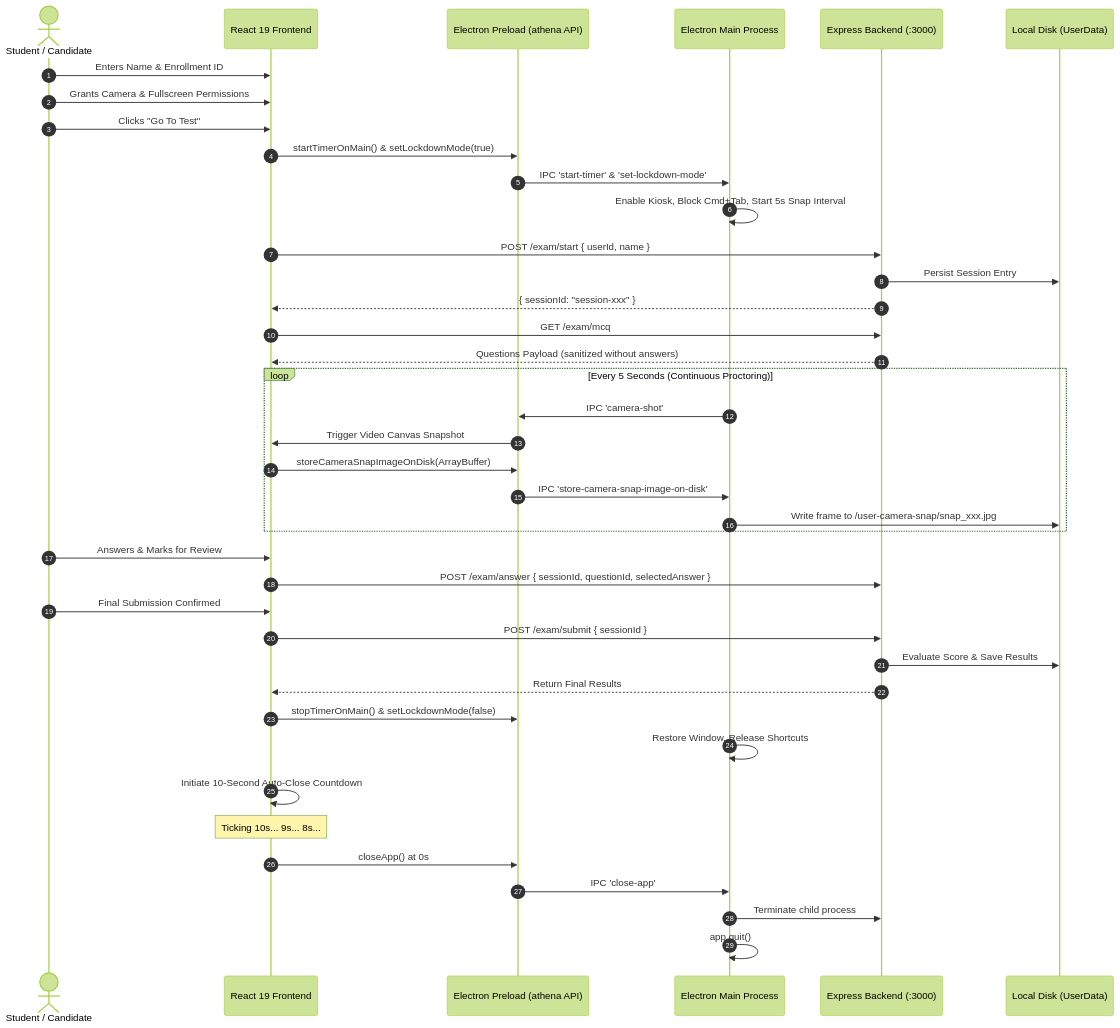
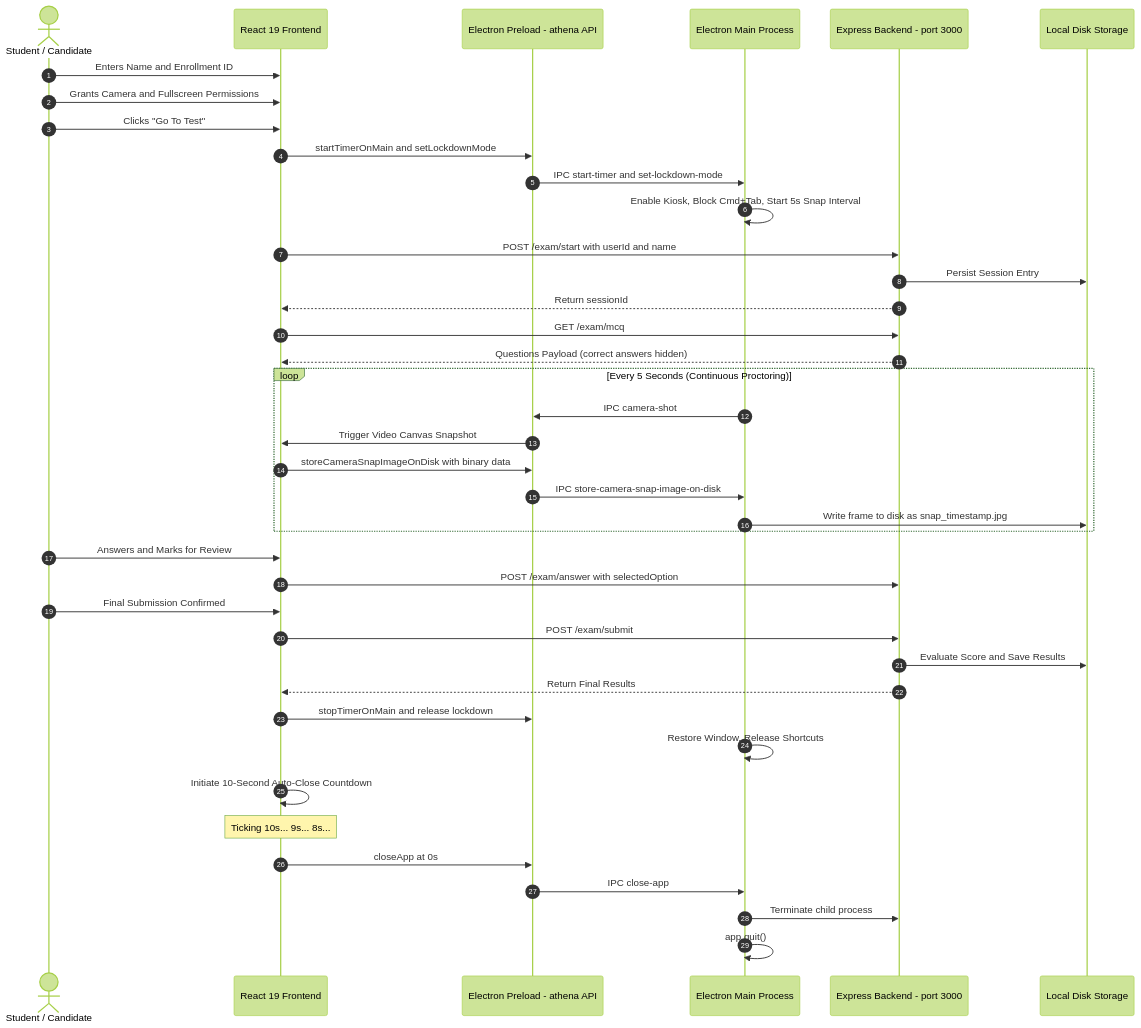
Before and after one commit to OmvedNagre/athena: the second of 2 diagrams in README.md, drawn with Mermaid (forest theme). The commit also changed other lines of this file and 6 other files, not shown here.

Commit message:
fix: resolve Mermaid diagram syntax error and track release folder in GitHub repository

````diff
--- a/README.md
+++ b/README.md
@@ -102,51 +102,51 @@
 ```mermaid
 sequenceDiagram
     autonumber
     actor Candidate as Student / Candidate
     participant UI as React 19 Frontend
-    participant Bridge as Electron Preload (athena API)
+    participant Bridge as Electron Preload - athena API
     participant Main as Electron Main Process
-    participant Backend as Express Backend (:3000)
-    participant Disk as Local Disk (UserData)
+    participant Backend as Express Backend - port 3000
+    participant Disk as Local Disk Storage
 
-    Candidate->>UI: Enters Name & Enrollment ID
-    Candidate->>UI: Grants Camera & Fullscreen Permissions
+    Candidate->>UI: Enters Name and Enrollment ID
+    Candidate->>UI: Grants Camera and Fullscreen Permissions
     Candidate->>UI: Clicks "Go To Test"
     
-    UI->>Bridge: startTimerOnMain() & setLockdownMode(true)
-    Bridge->>Main: IPC 'start-timer' & 'set-lockdown-mode'
+    UI->>Bridge: startTimerOnMain and setLockdownMode
+    Bridge->>Main: IPC start-timer and set-lockdown-mode
     Main->>Main: Enable Kiosk, Block Cmd+Tab, Start 5s Snap Interval
     
-    UI->>Backend: POST /exam/start { userId, name }
+    UI->>Backend: POST /exam/start with userId and name
     Backend->>Disk: Persist Session Entry
-    Backend-->>UI: { sessionId: "session-xxx" }
+    Backend-->>UI: Return sessionId
     
     UI->>Backend: GET /exam/mcq
-    Backend-->>UI: Questions Payload (sanitized without answers)
+    Backend-->>UI: Questions Payload (correct answers hidden)
 
     loop Every 5 Seconds (Continuous Proctoring)
-        Main->>Bridge: IPC 'camera-shot'
+        Main->>Bridge: IPC camera-shot
         Bridge->>UI: Trigger Video Canvas Snapshot
-        UI->>Bridge: storeCameraSnapImageOnDisk(ArrayBuffer)
-        Bridge->>Main: IPC 'store-camera-snap-image-on-disk'
-        Main->>Disk: Write frame to /user-camera-snap/snap_xxx.jpg
+        UI->>Bridge: storeCameraSnapImageOnDisk with binary data
+        Bridge->>Main: IPC store-camera-snap-image-on-disk
+        Main->>Disk: Write frame to disk as snap_timestamp.jpg
     end
 
-    Candidate->>UI: Answers & Marks for Review
-    UI->>Backend: POST /exam/answer { sessionId, questionId, selectedAnswer }
+    Candidate->>UI: Answers and Marks for Review
+    UI->>Backend: POST /exam/answer with selectedOption
     
     Candidate->>UI: Final Submission Confirmed
-    UI->>Backend: POST /exam/submit { sessionId }
-    Backend->>Disk: Evaluate Score & Save Results
+    UI->>Backend: POST /exam/submit
+    Backend->>Disk: Evaluate Score and Save Results
     Backend-->>UI: Return Final Results
     
-    UI->>Bridge: stopTimerOnMain() & setLockdownMode(false)
+    UI->>Bridge: stopTimerOnMain and release lockdown
     Main->>Main: Restore Window, Release Shortcuts
     
     UI->>UI: Initiate 10-Second Auto-Close Countdown
     Note over UI: Ticking 10s... 9s... 8s...
-    UI->>Bridge: closeApp() at 0s
-    Bridge->>Main: IPC 'close-app'
+    UI->>Bridge: closeApp at 0s
+    Bridge->>Main: IPC close-app
     Main->>Backend: Terminate child process
     Main->>Main: app.quit()
 ```
````
